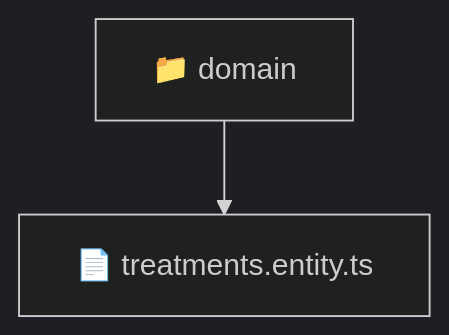
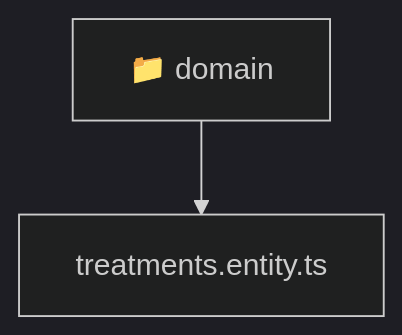
One commit to beginwebdev2002/fullstack-mavluda changed the diagram in backend/src/modules/treatments/domain/README.md. Above: the diagram before and after it, drawn with Mermaid (dark theme). The commit also changed other lines of this file and 167 other files, not shown here.

````diff
--- a/backend/src/modules/treatments/domain/README.md
+++ b/backend/src/modules/treatments/domain/README.md
@@ -9,5 +9,6 @@
 ```mermaid
 graph TD
-  Root["📁 domain"]
-  Root --> treatments_entity_ts["📄 treatments.entity.ts"]
+  Root_domain["📁 domain"]
+  f_treatments_entity_ts["treatments.entity.ts"]
+  Root_domain --> f_treatments_entity_ts
 ```
````
